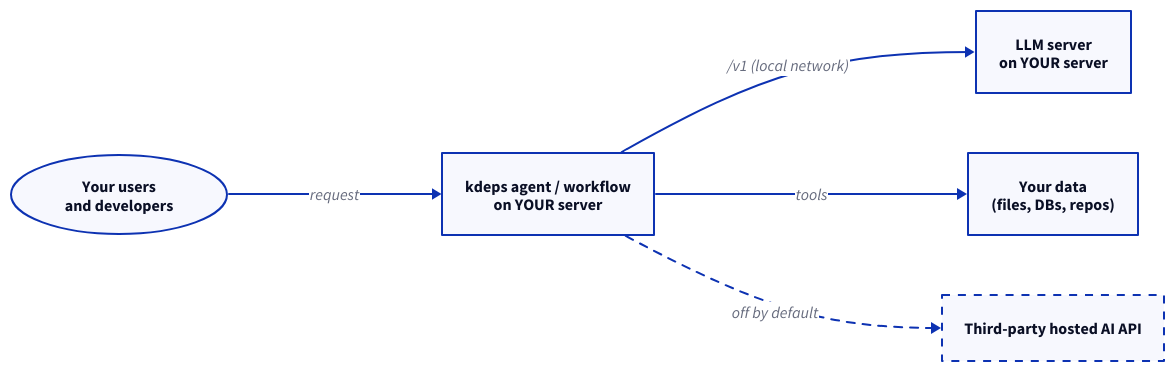
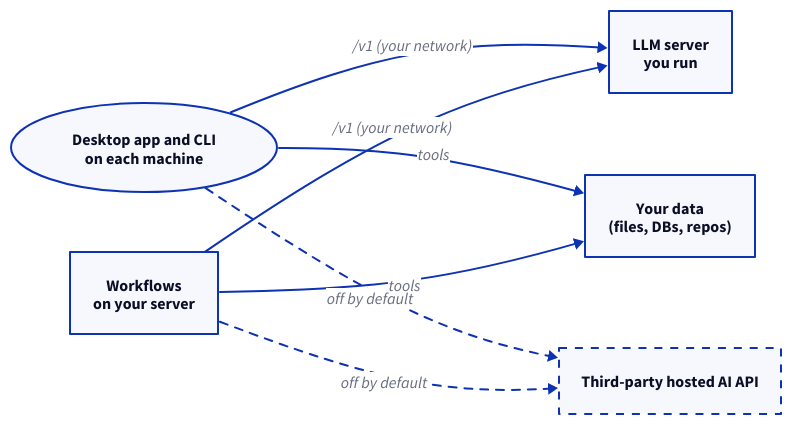
One commit to kdeps/kdeps changed the first of 2 diagrams in docs/v2/start/data-sovereignty.md. Above: the diagram before and after it, drawn with D2. The commit also changed other lines of this file and 8 other files, not shown here.

First line of the commit message:
docs: point the desktop at a private LLM server

````diff
--- a/docs/v2/start/data-sovereignty.md
+++ b/docs/v2/start/data-sovereignty.md
@@ -14,14 +14,16 @@
 ```d2
 direction: right
 
-U: "Your users\nand developers" {shape: oval}
-A: "kdeps agent / workflow\non YOUR server"
-L: "LLM server\non YOUR server"
+U: "Desktop app and CLI\non each machine" {shape: oval}
+W: "Workflows\non your server"
+L: "LLM server\nyou run"
 D: "Your data\n(files, DBs, repos)"
 X: "Third-party hosted AI API" {style.stroke-dash: 4}
 
-U -> A: request
-A -> L: "/v1 (local network)"
-A -> D: tools
-A -> X: "off by default" {style.stroke-dash: 4}
+U -> L: "/v1 (your network)"
+W -> L: "/v1 (your network)"
+U -> D: tools
+W -> D: tools
+U -> X: "off by default" {style.stroke-dash: 4}
+W -> X: "off by default" {style.stroke-dash: 4}
 ```
````
